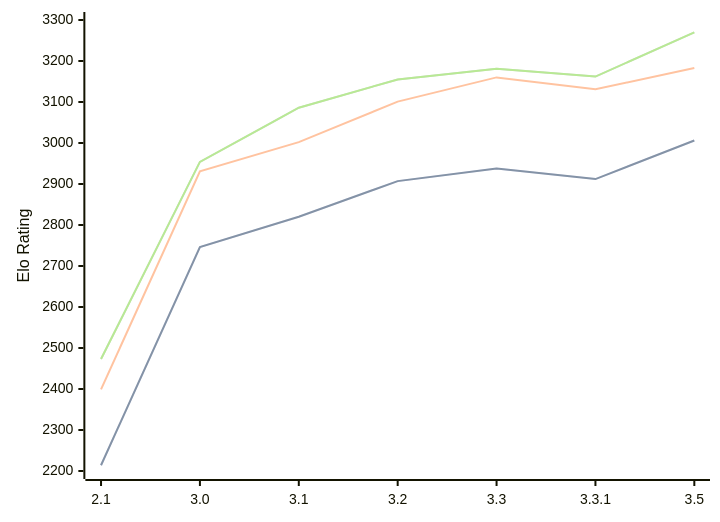
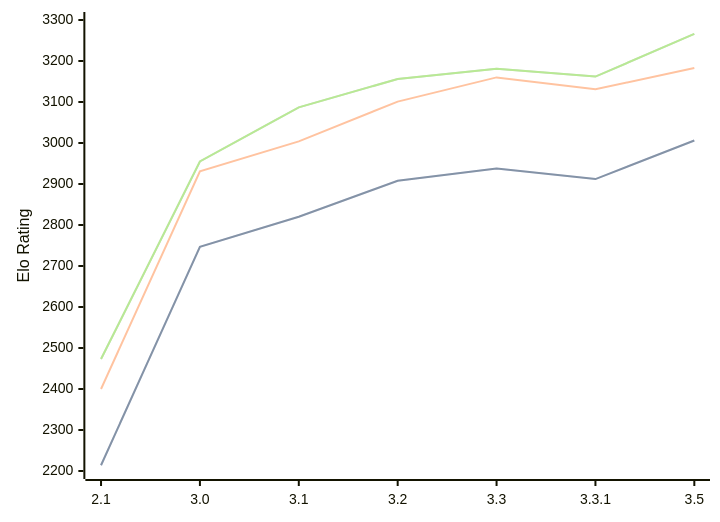
One commit to computer-chess-index/cci changed the first of 3 diagrams in engines/Petrel.md. Above: the diagram before and after it, drawn with Mermaid. The commit also changed other lines of this file, not shown here.

Commit message:
Update CCI Ratings (ELO VLTC) - 2026-07-08

````diff
--- a/engines/Petrel.md
+++ b/engines/Petrel.md
@@ -46,11 +46,11 @@
 ```mermaid
 %%{init: {"theme":"base","themeVariables":{"seriesColors:['#a3a3a3','#222221','#faa371']}}}%%
 xychart-beta
   x-axis ["2.1", "3.0", "3.1", "3.2", "3.3", "3.3.1", "3.5"]
   y-axis "Elo Rating" 2200 --> 3300
-  line "STC (8.0+0.08s)" [2214, 2746, 2820, 2907, 2938, 2912, 3006]
-  line "STC (8.0+0.08s)" [2214, 2746, 2820, 2907, 2938, 2912, 3006]
-  line "LTC (60.0+0.60s)" [2399, 2931, 3002, 3101, 3160, 3131, 3183]
-  line "VLTC (2m24s+1.12s)" [2473, 2954, 3086, 3155, 3181, 3162, 3270]
-  line "VLTC (2m24s+1.12s)" [2473, 2954, 3086, 3155, 3181, 3162, 3270]
+  line "STC (8.0+0.08s)" [2214, 2747, 2820, 2908, 2938, 2912, 3006]
+  line "STC (8.0+0.08s)" [2214, 2747, 2820, 2908, 2938, 2912, 3006]
+  line "LTC (60.0+0.60s)" [2400, 2931, 3004, 3101, 3160, 3131, 3183]
+  line "VLTC (2m24s+1.12s)" [2473, 2955, 3087, 3156, 3181, 3162, 3266]
+  line "VLTC (2m24s+1.12s)" [2473, 2955, 3087, 3156, 3181, 3162, 3266]
 ```
````
